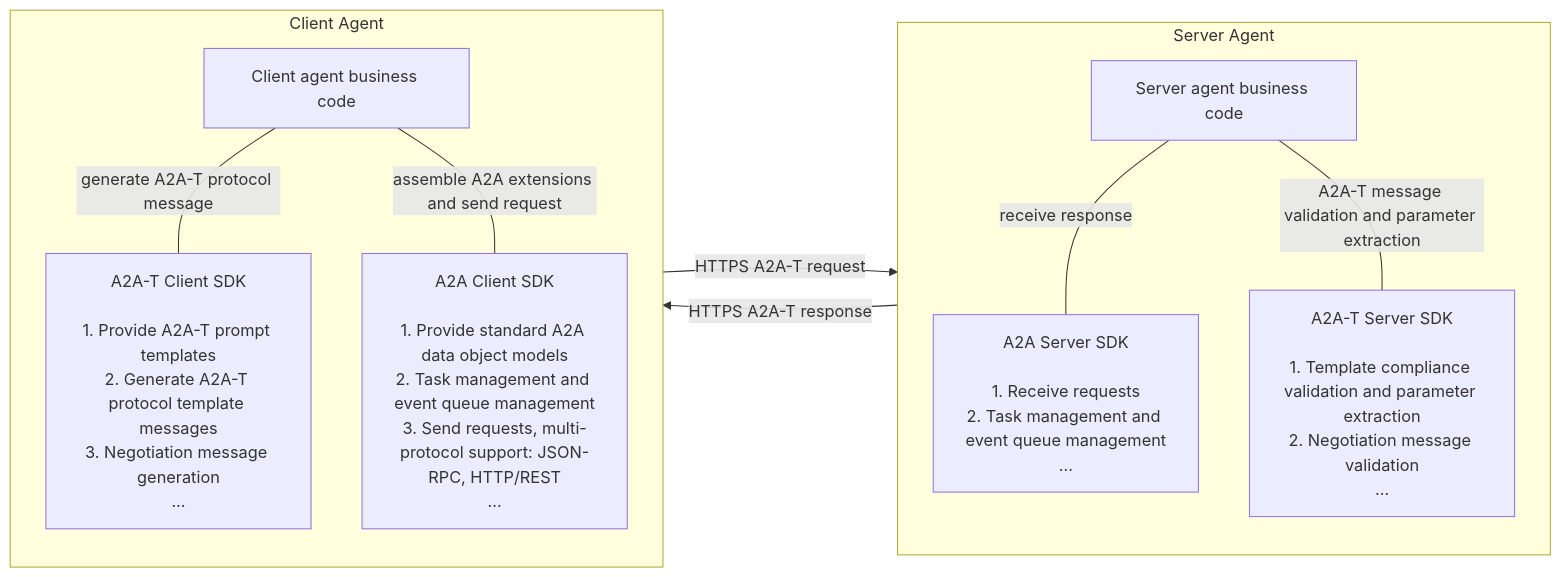
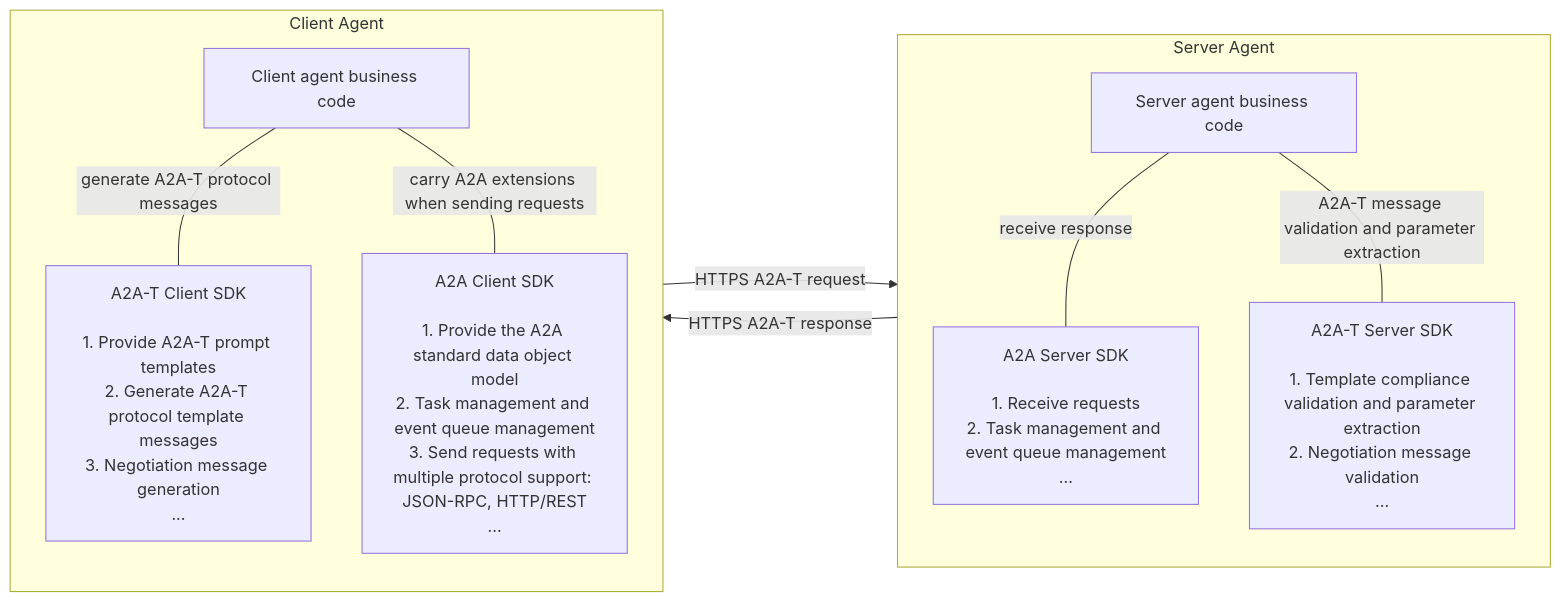
One commit to project-openan/a2a-t-sdk-python changed the first of 4 diagrams in docs/en/developer_guide.md. Above: the diagram before and after it, drawn with Mermaid. The commit also changed other lines of this file and 22 other files, not shown here.

````diff
--- a/docs/en/developer_guide.md
+++ b/docs/en/developer_guide.md
@@ -33,21 +34,21 @@
 ```mermaid
 flowchart LR
     subgraph Server["Server Agent"]
         B0["Server agent business code"]
         B1["A2A Server SDK<br><br>1. Receive requests<br>2. Task management and event queue management<br>..."]
         B2["A2A-T Server SDK<br><br>1. Template compliance validation and parameter extraction<br>2. Negotiation message validation<br>..."]
         B0 --receive response--- B1
         B0 --A2A-T message validation and parameter extraction--- B2
     end
 
     subgraph Client["Client Agent"]
         A0["Client agent business code"]
         A1["A2A-T Client SDK<br><br>1. Provide A2A-T prompt templates<br>2. Generate A2A-T protocol template messages<br>3. Negotiation message generation<br>..."]
-        A2["A2A Client SDK<br><br>1. Provide standard A2A data object models<br>2. Task management and event queue management<br>3. Send requests, multi-protocol support: JSON-RPC, HTTP/REST<br>..."]
-        A0 --generate A2A-T protocol message--- A1
-        A0 --assemble A2A extensions and send request--- A2
+        A2["A2A Client SDK<br><br>1. Provide the A2A standard data object model<br>2. Task management and event queue management<br>3. Send requests with multiple protocol support: JSON-RPC, HTTP/REST<br>..."]
+        A0 --generate A2A-T protocol messages--- A1
+        A0 --carry A2A extensions when sending requests--- A2
     end
 
-    Client -- HTTPS A2A-T request --> Server
-    Server -- HTTPS A2A-T response --> Client
+    Client -- HTTPS A2A-T request--> Server
+    Server -- HTTPS A2A-T response--> Client
 ```
````
